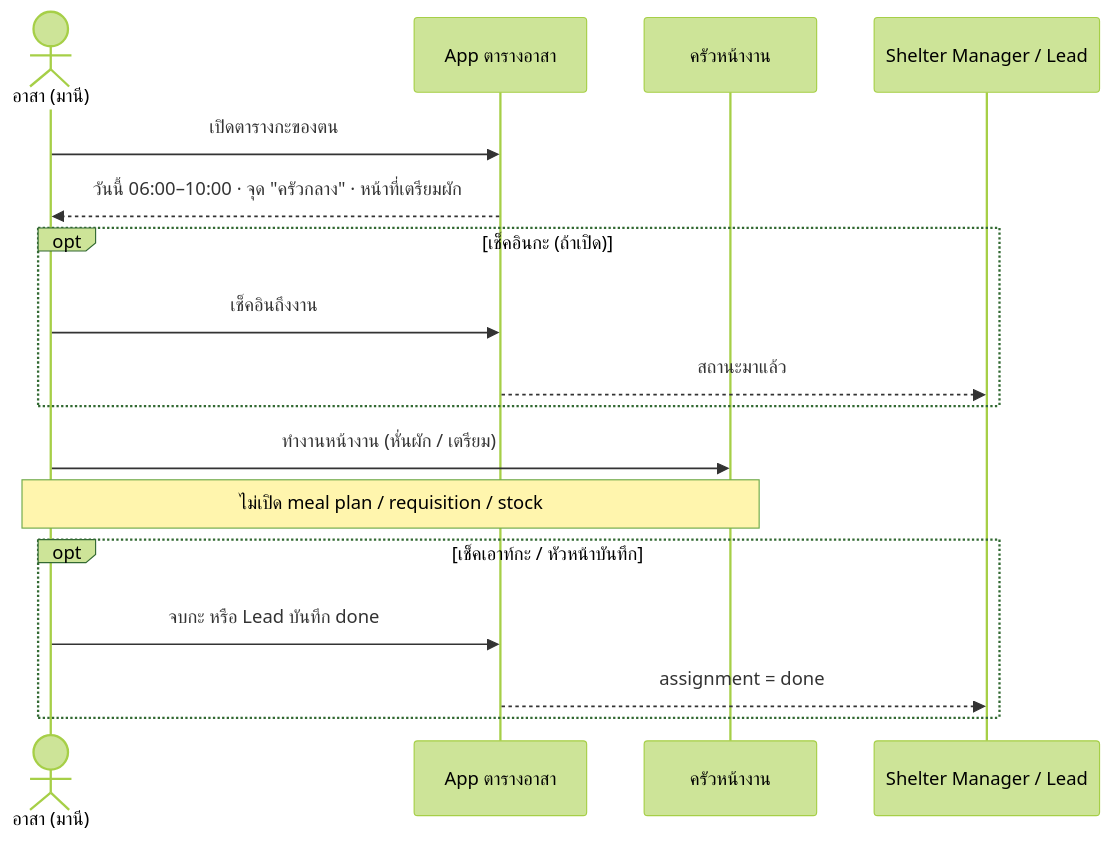
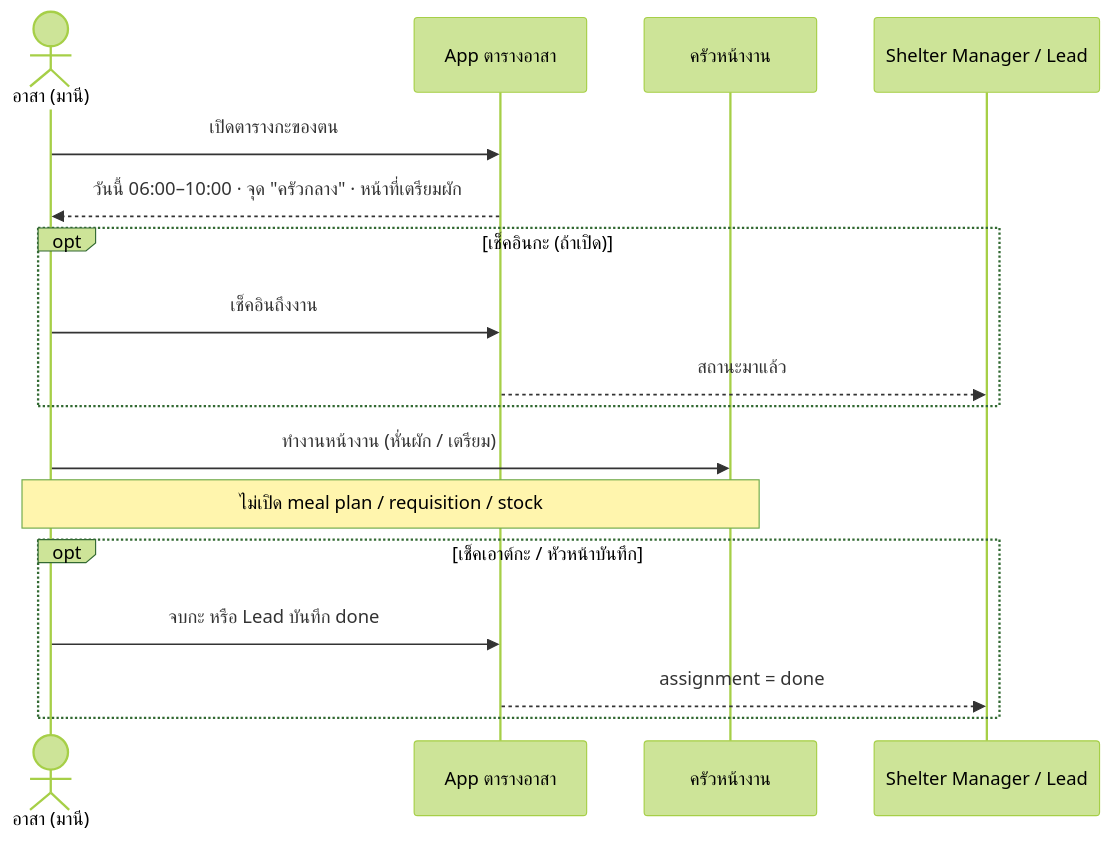
Before and after one commit to r202-coe-psu/tent: diagram 16 of 18 in docs/features/volunteer-job-board-flow.md, drawn with Mermaid (forest theme). The commit also changed other lines of this file and 13 other files, not shown here.

````diff
--- a/docs/features/volunteer-job-board-flow.md
+++ b/docs/features/volunteer-job-board-flow.md
@@ -510,20 +510,20 @@
 ```mermaid
 sequenceDiagram
   actor V as อาสา (มานี)
   participant App as App ตารางอาสา
   participant Kit as ครัวหน้างาน
   participant SM as Shelter Manager / Lead
 
   V->>App: เปิดตารางกะของตน
   App-->>V: วันนี้ 06:00–10:00 · จุด "ครัวกลาง" · หน้าที่เตรียมผัก
   opt เช็คอินกะ (ถ้าเปิด)
     V->>App: เช็คอินถึงงาน
     App-->>SM: สถานะมาแล้ว
   end
   V->>Kit: ทำงานหน้างาน (หั่นผัก / เตรียม)
   Note over V,Kit: ไม่เปิด meal plan / requisition / stock
-  opt เช็คเอาท์กะ / หัวหน้าบันทึก
+  opt เช็คเอาต์กะ / หัวหน้าบันทึก
     V->>App: จบกะ หรือ Lead บันทึก done
     App-->>SM: assignment = done
   end
 ```
````
